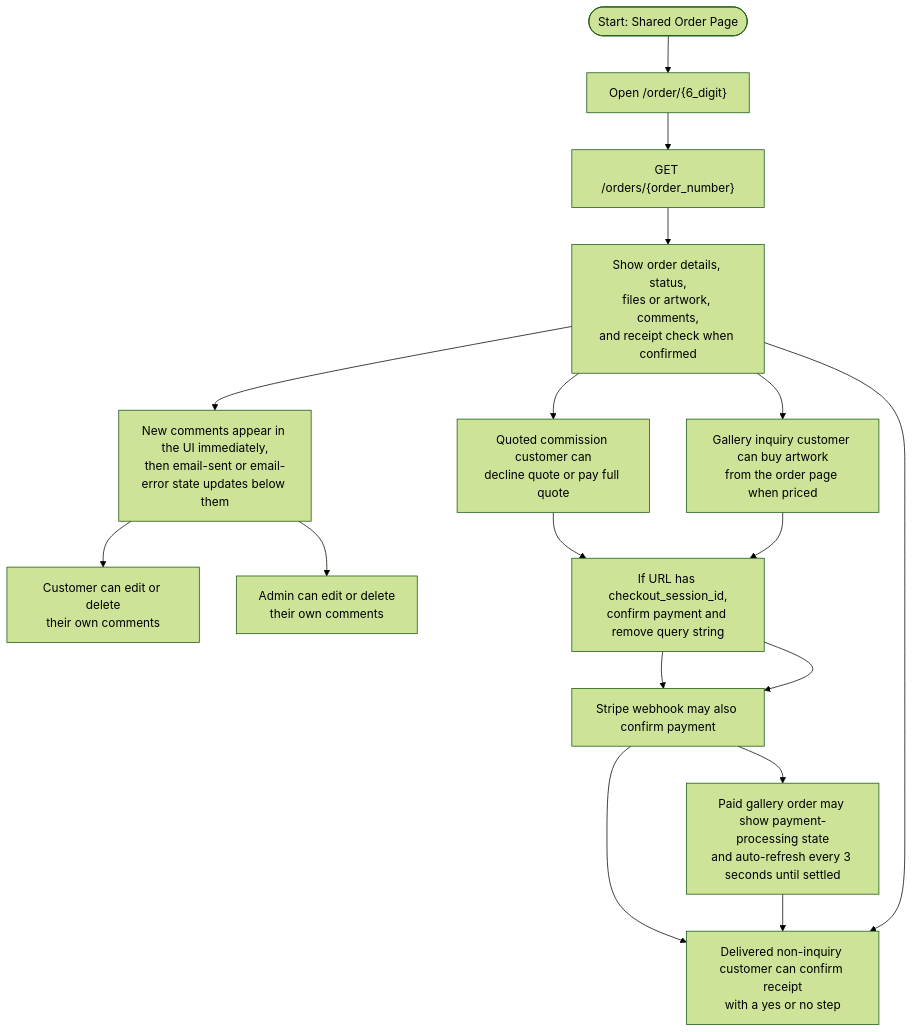
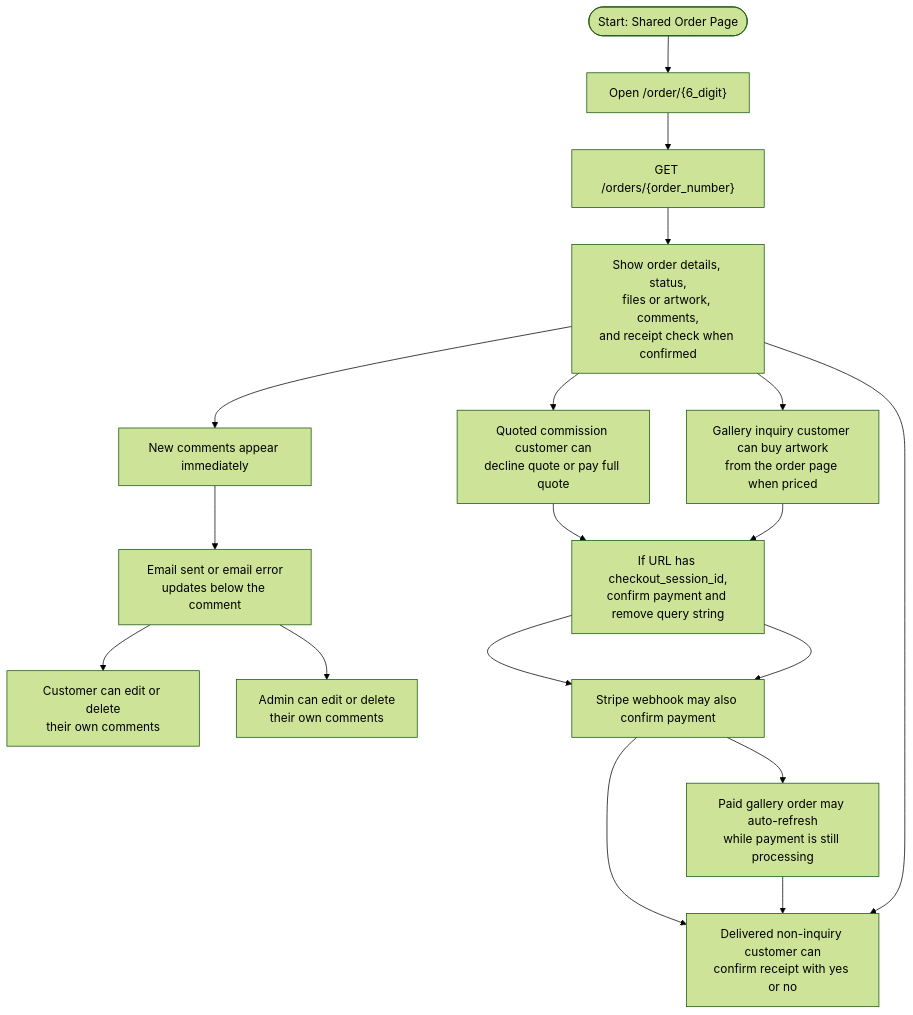
The fifth of 5 diagrams in 0_KC/flowchart.md (david-lytikainen/SAS), drawn with Mermaid (forest theme) before and after one commit. The commit also changed other lines of this file and 7 other files, not shown here.

Commit message:
Fix KC flowchart overflow

````diff
--- a/0_KC/flowchart.md
+++ b/0_KC/flowchart.md
@@ -101,23 +103,24 @@
 ```mermaid
 flowchart TB
   O0([Start: Shared Order Page])
   O1["Open /order/{6_digit}"]
   O2["GET /orders/{order_number}"]
   O3["Show order details, status,<br/>files or artwork, comments,<br/>and receipt check when confirmed"]
-  O4["New comments appear in the UI immediately,<br/>then email-sent or email-error state updates below them"]
-  O5["Customer can edit or delete<br/>their own comments"]
-  O6["Admin can edit or delete<br/>their own comments"]
-  O7["Quoted commission customer can<br/>decline quote or pay full quote"]
-  O8["Gallery inquiry customer can buy artwork<br/>from the order page when priced"]
-  O9["If URL has checkout_session_id,<br/>confirm payment and remove query string"]
-  O10["Stripe webhook may also confirm payment"]
-  O11["Paid gallery order may show payment-processing state<br/>and auto-refresh every 3 seconds until settled"]
-  O12["Delivered non-inquiry customer can confirm receipt<br/>with a yes or no step"]
+  O4["New comments appear immediately"]
+  O5["Email sent or email error<br/>updates below the comment"]
+  O6["Customer can edit or delete<br/>their own comments"]
+  O7["Admin can edit or delete<br/>their own comments"]
+  O8["Quoted commission customer can<br/>decline quote or pay full quote"]
+  O9["Gallery inquiry customer can buy artwork<br/>from the order page when priced"]
+  O10["If URL has checkout_session_id,<br/>confirm payment and remove query string"]
+  O11["Stripe webhook may also confirm payment"]
+  O12["Paid gallery order may auto-refresh<br/>while payment is still processing"]
+  O13["Delivered non-inquiry customer can<br/>confirm receipt with yes or no"]
 
-  O0 --> O1 --> O2 --> O3 --> O4
-  O4 --> O5
-  O4 --> O6
-  O3 --> O7 --> O9 --> O10 --> O12
-  O3 --> O8 --> O9 --> O10 --> O11 --> O12
-  O3 --> O12
+  O0 --> O1 --> O2 --> O3 --> O4 --> O5
+  O5 --> O6
+  O5 --> O7
+  O3 --> O8 --> O10 --> O11 --> O13
+  O3 --> O9 --> O10 --> O11 --> O12 --> O13
+  O3 --> O13
 ```
````
